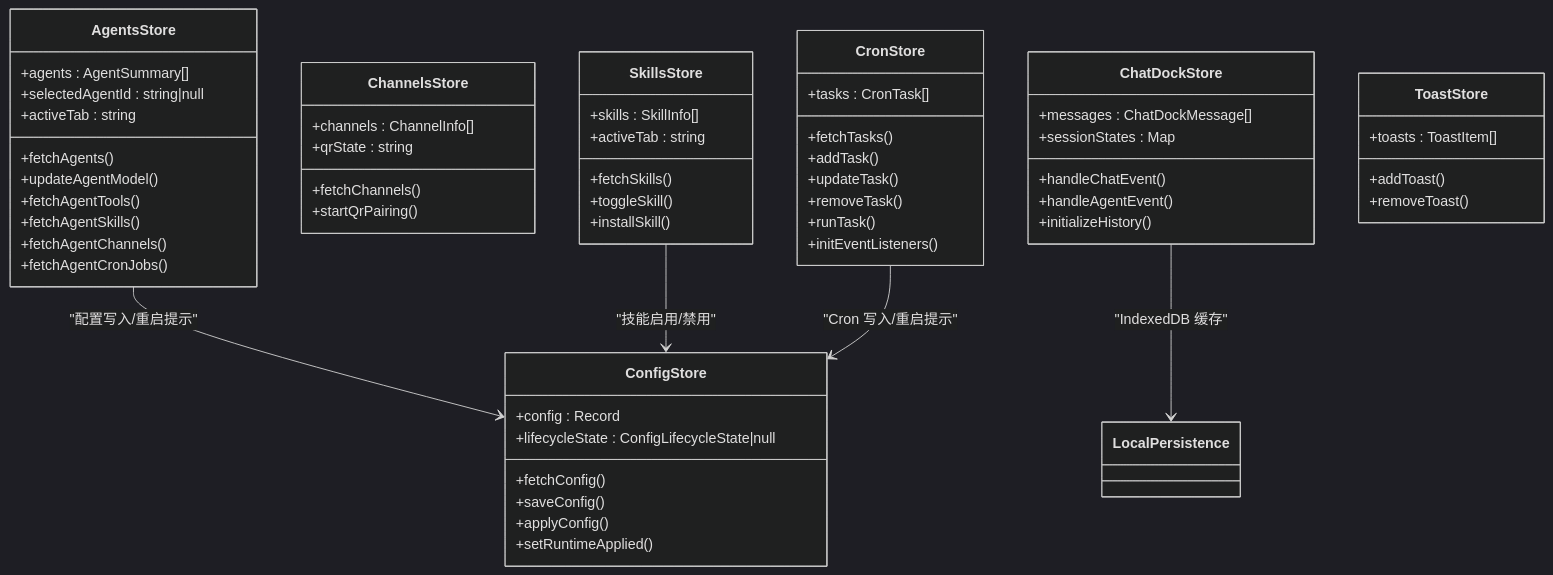
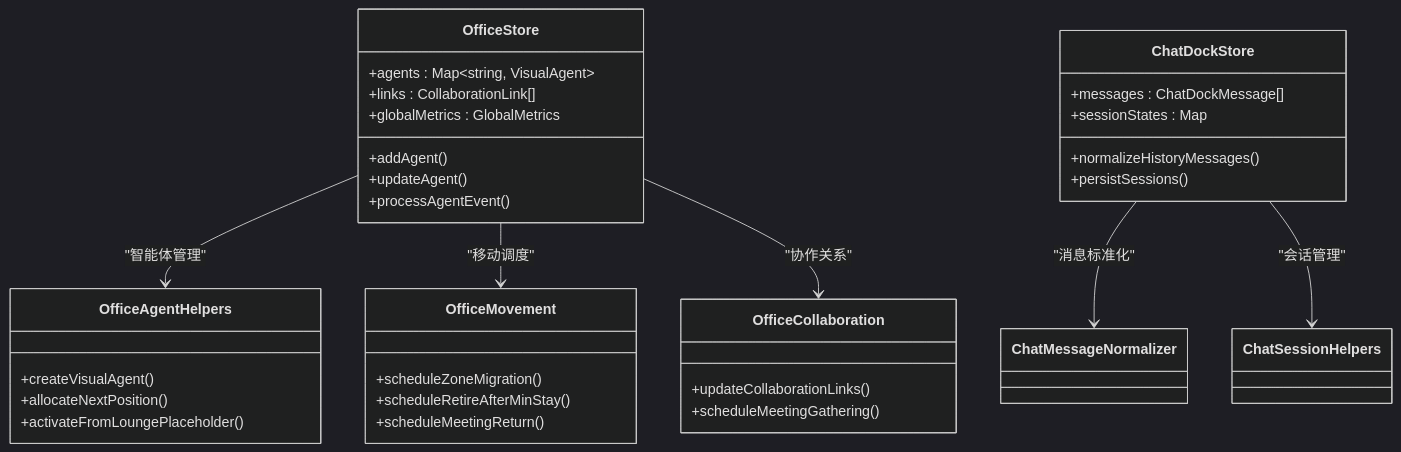
One commit to WW-AI-Lab/openclaw-office changed the eighth of 10 diagrams in .qoder/repowiki/zh/content/状态管理系统/状态管理系统.md. Above: the diagram before and after it, drawn with Mermaid (dark theme). The commit also changed other lines of this file and 27 other files, not shown here.

````diff
--- a/.qoder/repowiki/zh/content/状态管理系统/状态管理系统.md
+++ b/.qoder/repowiki/zh/content/状态管理系统/状态管理系统.md
@@ -301,60 +396,36 @@
 ```mermaid
 classDiagram
-class AgentsStore {
-+agents : AgentSummary[]
-+selectedAgentId : string|null
-+activeTab : string
-+fetchAgents()
-+updateAgentModel()
-+fetchAgentTools()
-+fetchAgentSkills()
-+fetchAgentChannels()
-+fetchAgentCronJobs()
+class OfficeStore {
++agents : Map~string, VisualAgent~
++links : CollaborationLink[]
++globalMetrics : GlobalMetrics
++addAgent()
++updateAgent()
++processAgentEvent()
 }
-class ChannelsStore {
-+channels : ChannelInfo[]
-+qrState : string
-+fetchChannels()
-+startQrPairing()
+class OfficeAgentHelpers {
++createVisualAgent()
++allocateNextPosition()
++activateFromLoungePlaceholder()
 }
-class SkillsStore {
-+skills : SkillInfo[]
-+activeTab : string
-+fetchSkills()
-+toggleSkill()
-+installSkill()
+class OfficeMovement {
++scheduleZoneMigration()
++scheduleRetireAfterMinStay()
++scheduleMeetingReturn()
 }
-class CronStore {
-+tasks : CronTask[]
-+fetchTasks()
-+addTask()
-+updateTask()
-+removeTask()
-+runTask()
-+initEventListeners()
-}
-class ConfigStore {
-+config : Record
-+lifecycleState : ConfigLifecycleState|null
-+fetchConfig()
-+saveConfig()
-+applyConfig()
-+setRuntimeApplied()
+class OfficeCollaboration {
++updateCollaborationLinks()
++scheduleMeetingGathering()
 }
 class ChatDockStore {
 +messages : ChatDockMessage[]
 +sessionStates : Map
-+handleChatEvent()
-+handleAgentEvent()
-+initializeHistory()
++normalizeHistoryMessages()
++persistSessions()
 }
-class ToastStore {
-+toasts : ToastItem[]
-+addToast()
-+removeToast()
-}
-AgentsStore --> ConfigStore : "配置写入/重启提示"
-SkillsStore --> ConfigStore : "技能启用/禁用"
-CronStore --> ConfigStore : "Cron 写入/重启提示"
-ChatDockStore --> LocalPersistence : "IndexedDB 缓存"
+OfficeStore --> OfficeAgentHelpers : "智能体管理"
+OfficeStore --> OfficeMovement : "移动调度"
+OfficeStore --> OfficeCollaboration : "协作关系"
+ChatDockStore --> ChatMessageNormalizer : "消息标准化"
+ChatDockStore --> ChatSessionHelpers : "会话管理"
 ```
````
